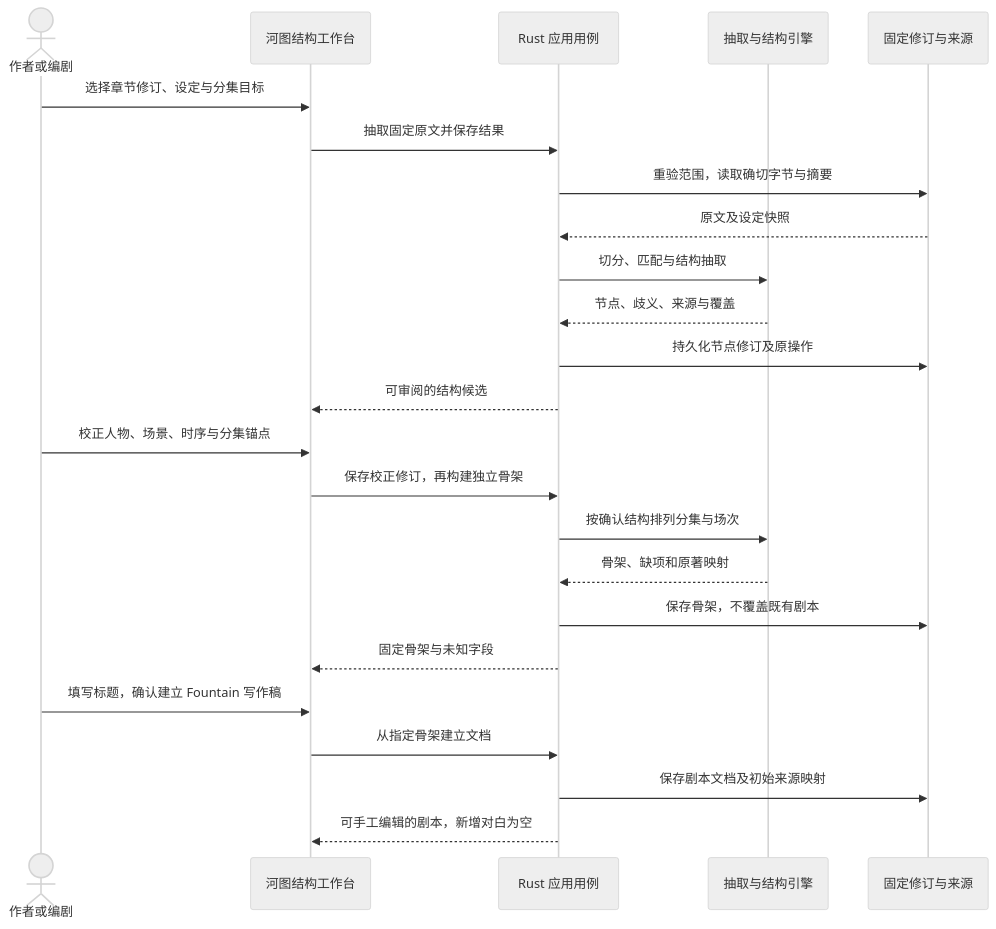
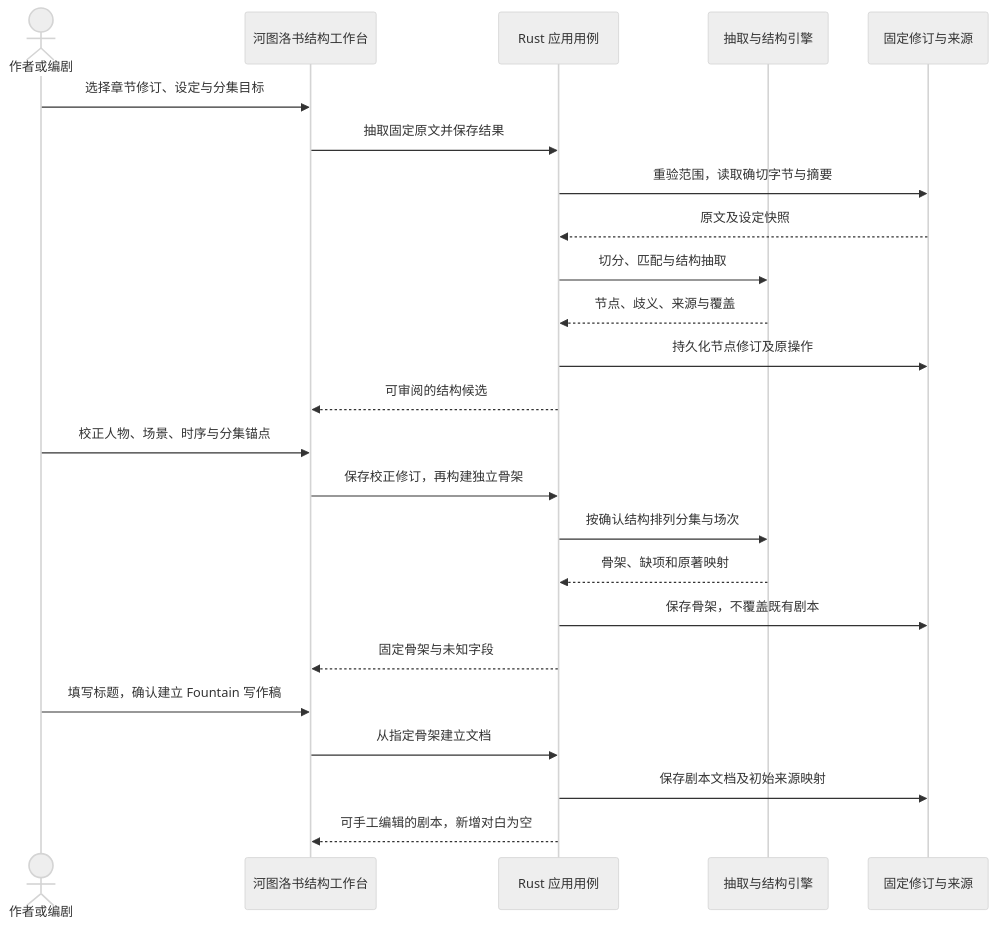
Diagram 19 of 35 in docs/23-业务流程与MCP时序.md (limecloud/hetu), drawn with Mermaid (neutral theme) before and after one commit. The commit also changed other lines of this file and 156 other files, not shown here.

````diff
--- a/docs/23-业务流程与MCP时序.md
+++ b/docs/23-业务流程与MCP时序.md
@@ -480,26 +481,26 @@
 ```mermaid
 sequenceDiagram
     actor author as 作者或编剧
-    participant desktop as 河图结构工作台
+    participant desktop as 河图洛书结构工作台
     participant core as Rust 应用用例
     participant engine as 抽取与结构引擎
     participant storage as 固定修订与来源
     author->>desktop: 选择章节修订、设定与分集目标
     desktop->>core: 抽取固定原文并保存结果
     core->>storage: 重验范围，读取确切字节与摘要
     storage-->>core: 原文及设定快照
     core->>engine: 切分、匹配与结构抽取
     engine-->>core: 节点、歧义、来源与覆盖
     core->>storage: 持久化节点修订及原操作
     core-->>desktop: 可审阅的结构候选
     author->>desktop: 校正人物、场景、时序与分集锚点
     desktop->>core: 保存校正修订，再构建独立骨架
     core->>engine: 按确认结构排列分集与场次
     engine-->>core: 骨架、缺项和原著映射
     core->>storage: 保存骨架，不覆盖既有剧本
     core-->>desktop: 固定骨架与未知字段
     author->>desktop: 填写标题，确认建立 Fountain 写作稿
     desktop->>core: 从指定骨架建立文档
     core->>storage: 保存剧本文档及初始来源映射
     core-->>desktop: 可手工编辑的剧本，新增对白为空
 ```
````
